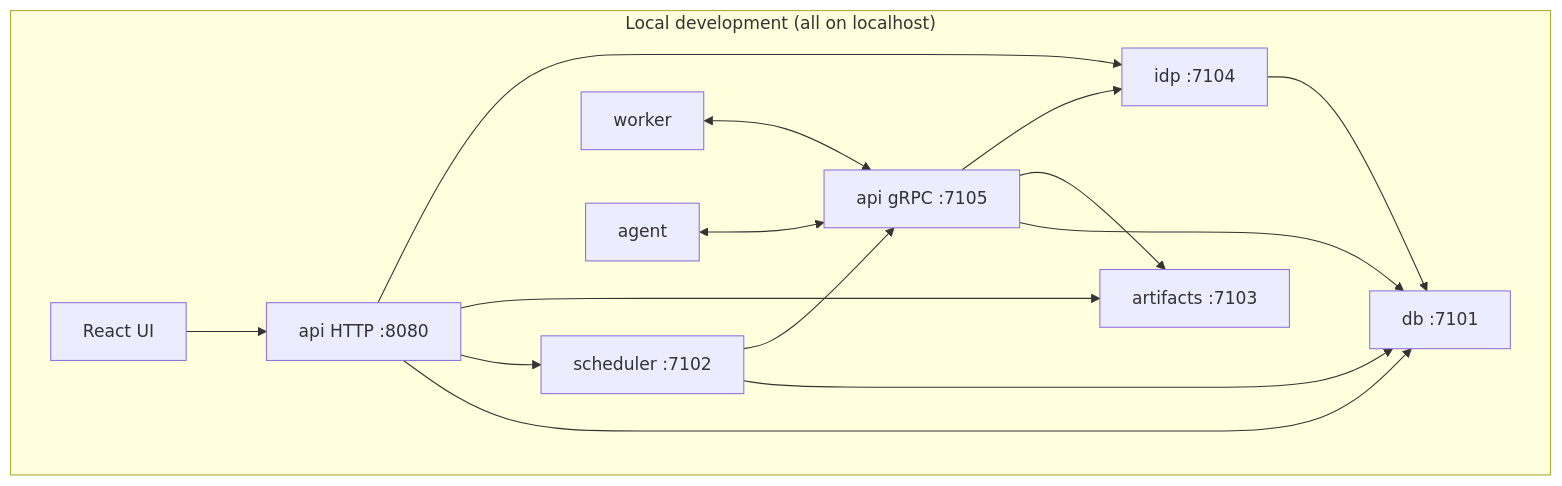
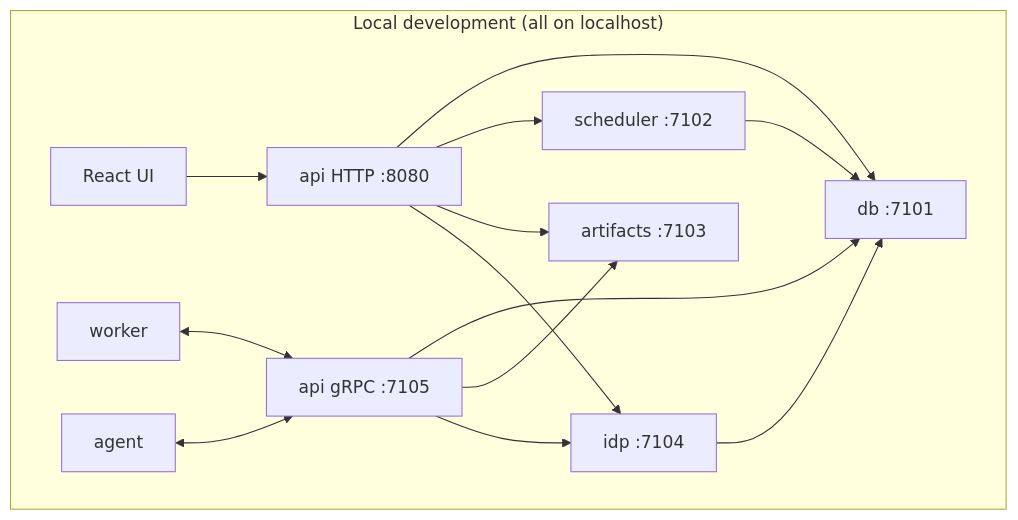
One commit to EdwardCooke/cdrom changed the tenth of 10 diagrams in docs/Architecture.md. Above: the diagram before and after it, drawn with Mermaid. The commit also changed other lines of this file and 1 other file, not shown here.

````diff
--- a/docs/Architecture.md
+++ b/docs/Architecture.md
@@ -1030,28 +1056,27 @@
 ```mermaid
 flowchart TB
     subgraph LOCAL["Local development (all on localhost)"]
         DB["db :7101"]
         SCHED["scheduler :7102"]
         ART["artifacts :7103"]
         IDP["idp :7104"]
         APIG["api gRPC :7105"]
         APIH["api HTTP :8080"]
         W["worker"]
         A["agent"]
         UI["React UI"]
     end
 
     UI --> APIH
     APIH --> DB
     APIH --> SCHED
     APIH --> ART
     APIH --> IDP
     APIG --> DB
     APIG --> ART
     APIG --> IDP
     IDP --> DB
     SCHED --> DB
-    SCHED --> APIG
     W <--> APIG
     A <--> APIG
 ```
````
